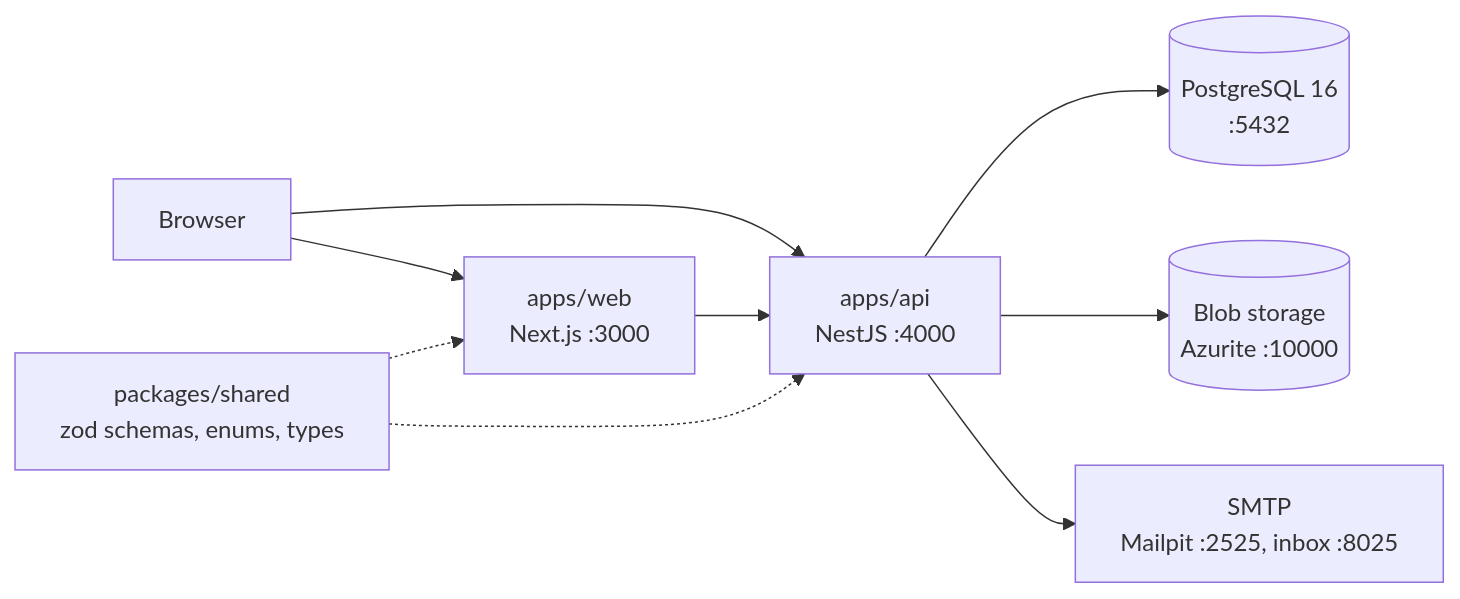
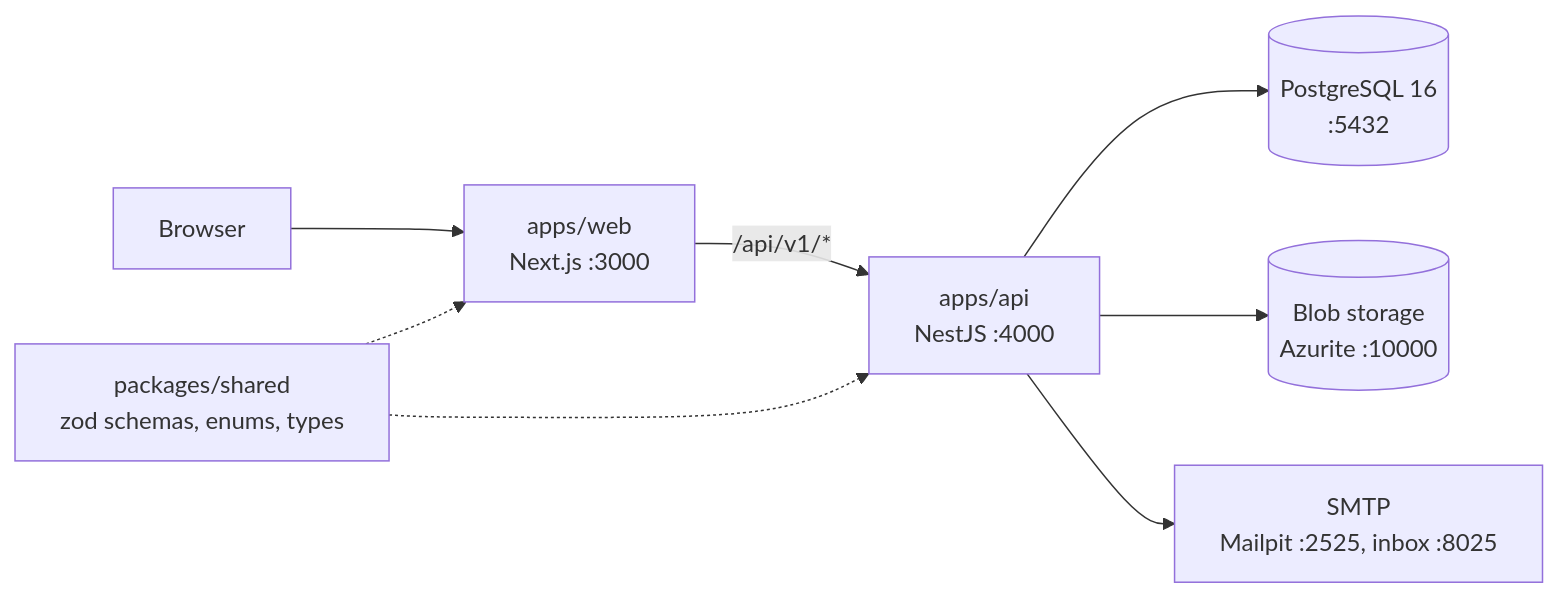
The third of 11 diagrams in docs/ARCHITECTURE.md (hhhhhhhhhhhh4521515/iconbridge-platform), drawn with Mermaid before and after one commit. The commit also changed other lines of this file and 43 other files, not shown here.

````diff
--- a/docs/ARCHITECTURE.md
+++ b/docs/ARCHITECTURE.md
@@ -7,11 +67,10 @@
 ```mermaid
 flowchart LR
   browser[Browser] --> web["apps/web<br/>Next.js :3000"]
-  browser --> api["apps/api<br/>NestJS :4000"]
-  web --> api
+  web -- "/api/v1/*" --> api["apps/api<br/>NestJS :4000"]
   api --> pg[(PostgreSQL 16<br/>:5432)]
   api --> blob[(Blob storage<br/>Azurite :10000)]
   api --> smtp[SMTP<br/>Mailpit :2525, inbox :8025]
   shared["packages/shared<br/>zod schemas, enums, types"] -.-> web
   shared -.-> api
 ```
````
